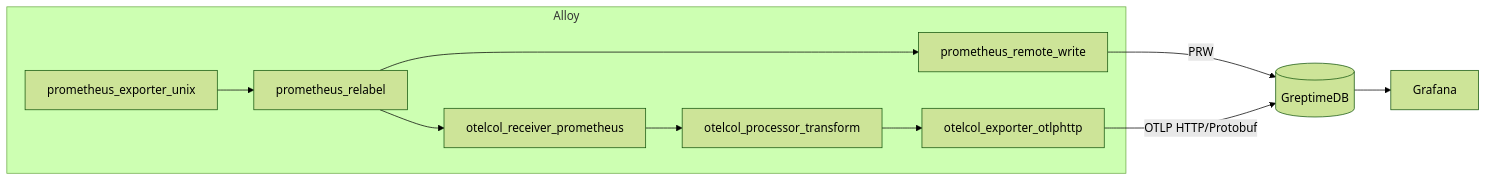
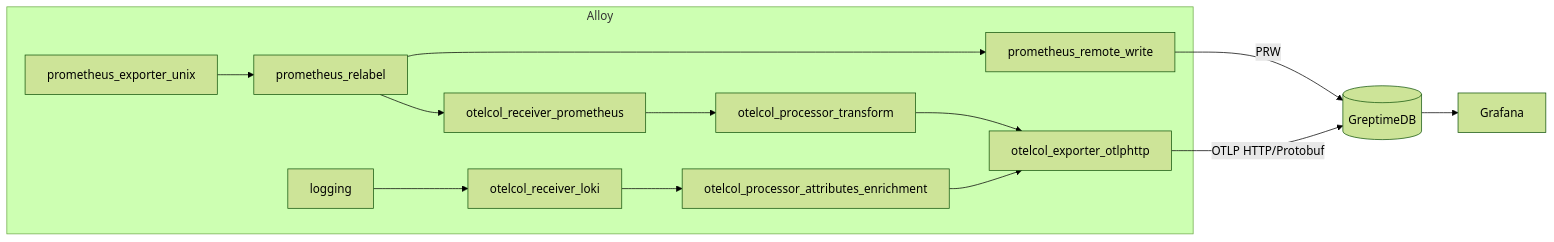
One commit to GreptimeTeam/demo-scene changed the diagram in grafana-alloy/README.md. Above: the diagram before and after it, drawn with Mermaid (forest theme). The commit also changed other lines of this file and 1 other file, not shown here.

Commit message:
feat: add a real log source for alloy example (#64)
* feat: use alloy meta logs as logging example

* docs: update readme for logs

````diff
--- a/grafana-alloy/README.md
+++ b/grafana-alloy/README.md
@@ -74,19 +76,23 @@
 ```mermaid
 flowchart LR
   greptimedb[(GreptimeDB)]
   grafana[Grafana]
 
   subgraph alloy[Alloy]
     prometheus_exporter_unix --> prometheus_relabel
     prometheus_relabel --> prometheus_remote_write
 
     prometheus_relabel --> otelcol_receiver_prometheus
     otelcol_receiver_prometheus --> otelcol_processor_transform
     otelcol_processor_transform --> otelcol_exporter_otlphttp
+
+    logging --> otelcol_receiver_loki
+    otelcol_receiver_loki --> otelcol_processor_attributes_enrichment
+    otelcol_processor_attributes_enrichment --> otelcol_exporter_otlphttp
   end
 
   prometheus_remote_write --> |PRW| greptimedb
   otelcol_exporter_otlphttp --> |OTLP HTTP/Protobuf| greptimedb
 
   greptimedb --> grafana
 ```
````
